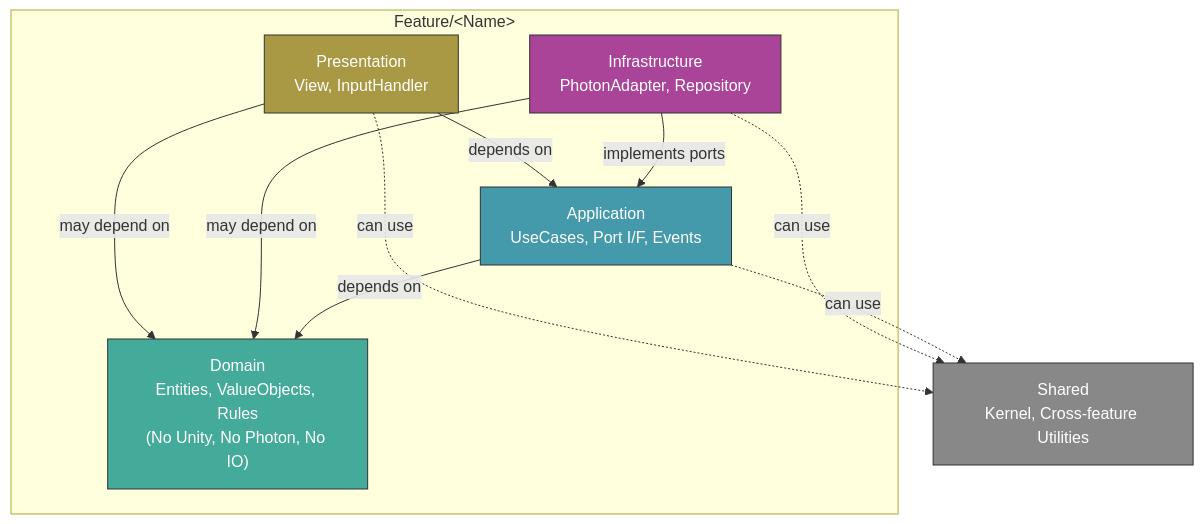
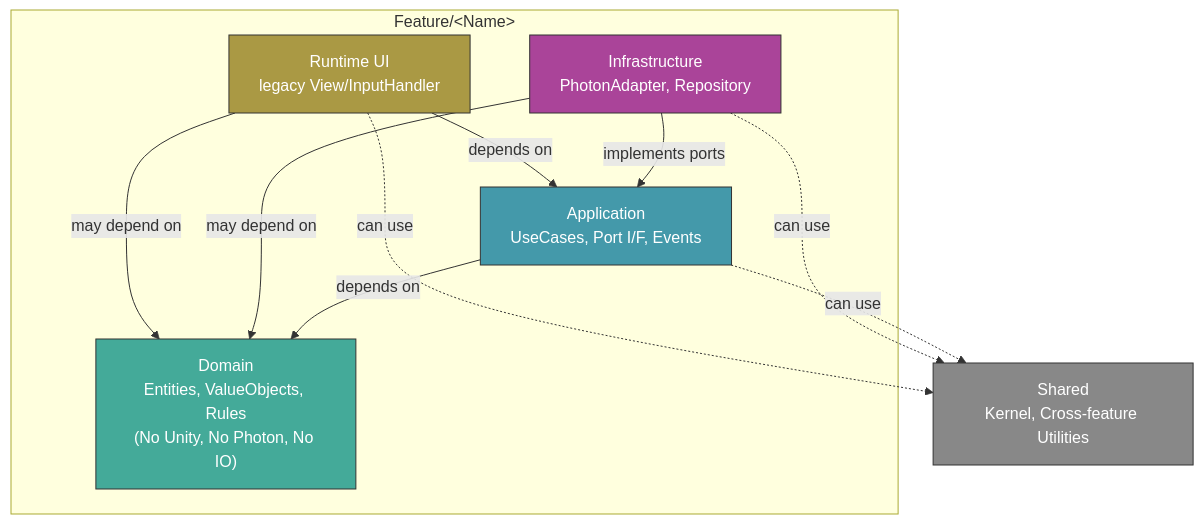
One commit to KongJin/JG changed the diagram in docs/design/architecture-diagram.md. Above: the diagram before and after it, drawn with Mermaid. The commit also changed other lines of this file and 1091 other files, not shown here.

````diff
--- a/docs/design/architecture-diagram.md
+++ b/docs/design/architecture-diagram.md
@@ -13,27 +13,27 @@
 ```mermaid
 graph TB
     subgraph "Feature/&lt;Name&gt;"
-        Presentation["Presentation<br/>View, InputHandler"]
+        RuntimeUi["Runtime UI<br/>legacy View/InputHandler"]
         Infrastructure["Infrastructure<br/>PhotonAdapter, Repository"]
         Application["Application<br/>UseCases, Port I/F, Events"]
         Domain["Domain<br/>Entities, ValueObjects, Rules<br/>(No Unity, No Photon, No IO)"]
     end
 
     Shared["Shared<br/>Kernel, Cross-feature Utilities"]
 
-    Presentation -->|depends on| Application
-    Presentation -->|may depend on| Domain
+    RuntimeUi -->|depends on| Application
+    RuntimeUi -->|may depend on| Domain
     Infrastructure -->|implements ports| Application
     Infrastructure -->|may depend on| Domain
     Application -->|depends on| Domain
 
-    Presentation -.->|can use| Shared
+    RuntimeUi -.->|can use| Shared
     Infrastructure -.->|can use| Shared
     Application -.->|can use| Shared
 
     style Domain fill:#4a9,stroke:#333,color:#fff
     style Application fill:#49a,stroke:#333,color:#fff
-    style Presentation fill:#a94,stroke:#333,color:#fff
+    style RuntimeUi fill:#a94,stroke:#333,color:#fff
     style Infrastructure fill:#a49,stroke:#333,color:#fff
     style Shared fill:#888,stroke:#333,color:#fff
 ```
````
